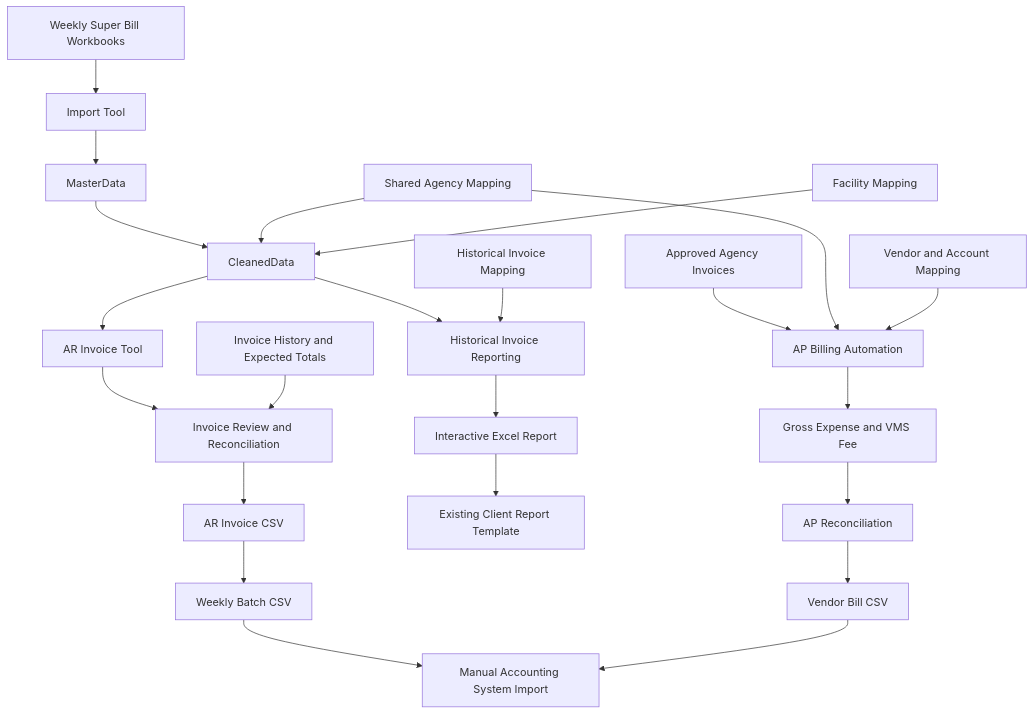
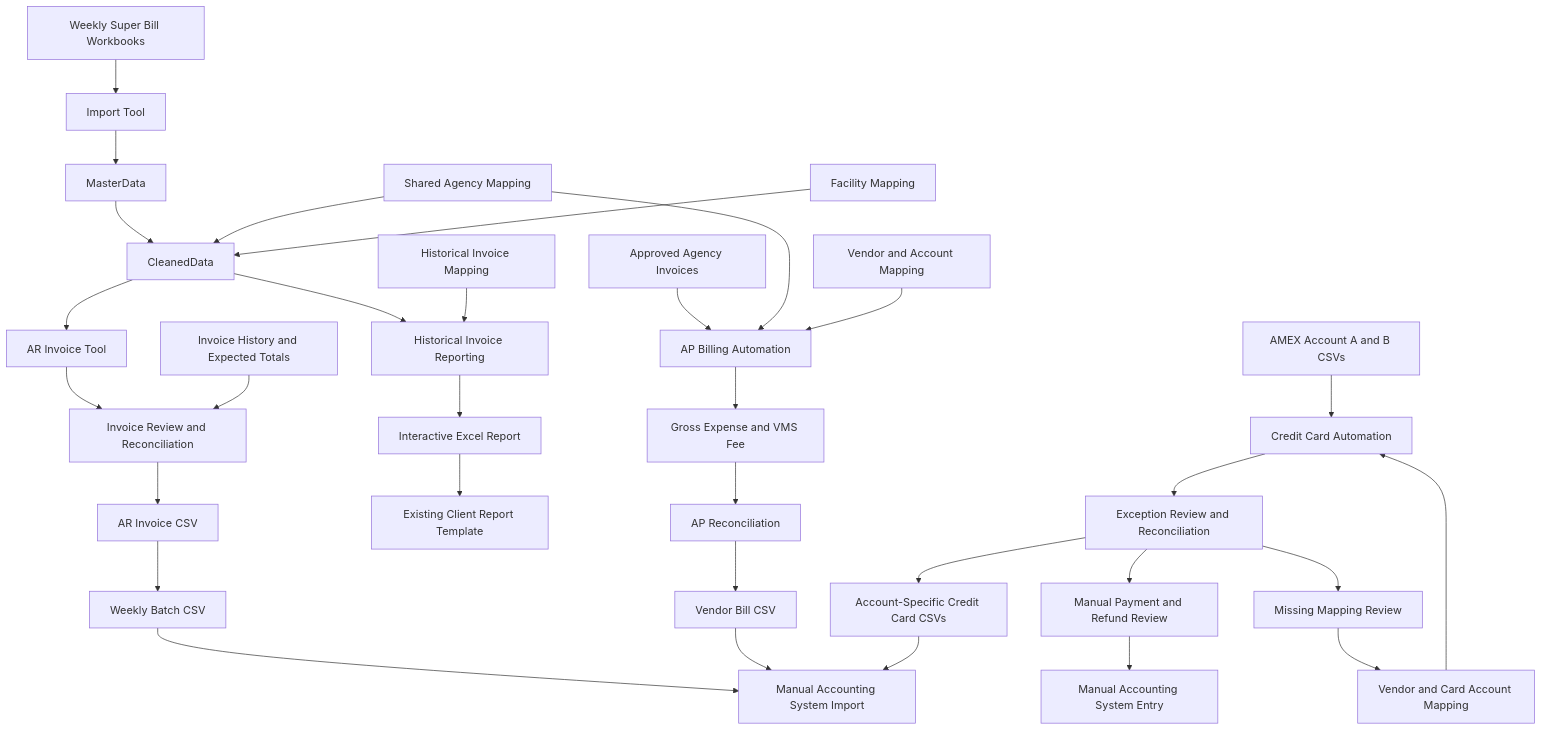
The diagram in README.md (mikikoridel-hash/accounting-automation-portfolio), drawn with Mermaid before and after one commit. The commit also changed other lines of this file, not shown here.

Commit message:
Update README with completed credit card automation workflow

````diff
--- a/README.md
+++ b/README.md
@@ -131,30 +143,40 @@
 ```mermaid
 flowchart TD
     A[Weekly Super Bill Workbooks] --> B[Import Tool]
     B --> C[MasterData]
     C --> D[CleanedData]
 
     M[Shared Agency Mapping] --> D
     FM[Facility Mapping] --> D
 
     D --> E[AR Invoice Tool]
     D --> F[Historical Invoice Reporting]
 
     E --> G[Invoice Review and Reconciliation]
     H[Invoice History and Expected Totals] --> G
     G --> I[AR Invoice CSV]
     I --> J[Weekly Batch CSV]
     J --> N[Manual Accounting System Import]
 
     K[Historical Invoice Mapping] --> F
     F --> L[Interactive Excel Report]
     L --> O[Existing Client Report Template]
 
     P[Approved Agency Invoices] --> Q[AP Billing Automation]
     M --> Q
     R[Vendor and Account Mapping] --> Q
     Q --> S[Gross Expense and VMS Fee]
     S --> T[AP Reconciliation]
     T --> U[Vendor Bill CSV]
     U --> N
+
+    CC[AMEX Account A and B CSVs] --> CM[Credit Card Automation]
+    CV[Vendor and Card Account Mapping] --> CM
+    CM --> CQ[Exception Review and Reconciliation]
+    CQ --> CE[Account-Specific Credit Card CSVs]
+    CQ --> CX[Manual Payment and Refund Review]
+    CQ --> CY[Missing Mapping Review]
+    CY --> CV
+    CE --> N
+    CX --> CZ[Manual Accounting System Entry]
 ```
````
